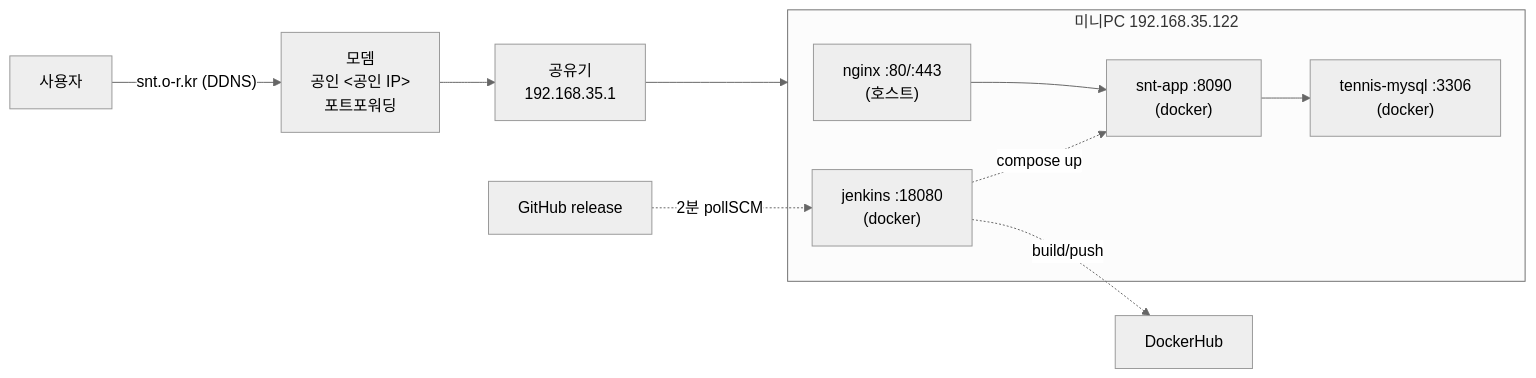
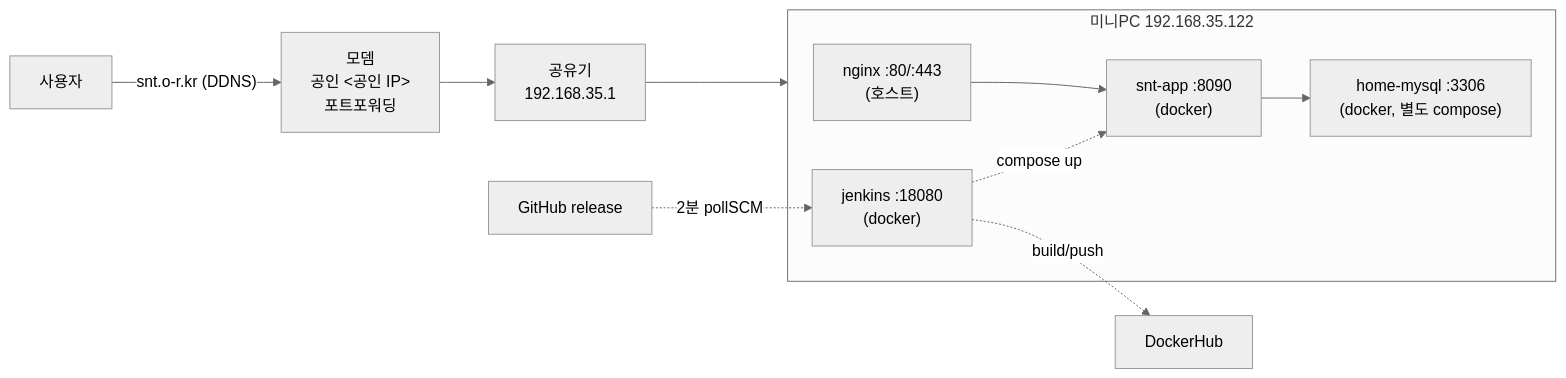
One commit to Highjune/highjune-archiving changed the first of 7 diagrams in README.md. Above: the diagram before and after it, drawn with Mermaid (neutral theme). The commit also changed other lines of this file and 1 other file, not shown here.

Commit message:
docs: MySQL compose 분리(home-mysql) 및 compose 3개 구조 반영

````diff
--- a/README.md
+++ b/README.md
@@ -31,18 +33,18 @@
 ```mermaid
 flowchart LR
     U["사용자"] -->|"snt.o-r.kr (DDNS)"| M["모뎀<br/>공인 <공인 IP><br/>포트포워딩"]
     M --> R["공유기<br/>192.168.35.1"]
     R --> PC
 
     subgraph PC["미니PC 192.168.35.122"]
         N["nginx :80/:443<br/>(호스트)"]
         A["snt-app :8090<br/>(docker)"]
-        D["tennis-mysql :3306<br/>(docker)"]
+        D["home-mysql :3306<br/>(docker, 별도 compose)"]
         J["jenkins :18080<br/>(docker)"]
         N --> A --> D
     end
 
     GH["GitHub release"] -.->|"2분 pollSCM"| J
     J -.->|"build/push"| HUB["DockerHub"]
     J -.->|"compose up"| A
 ```
````
